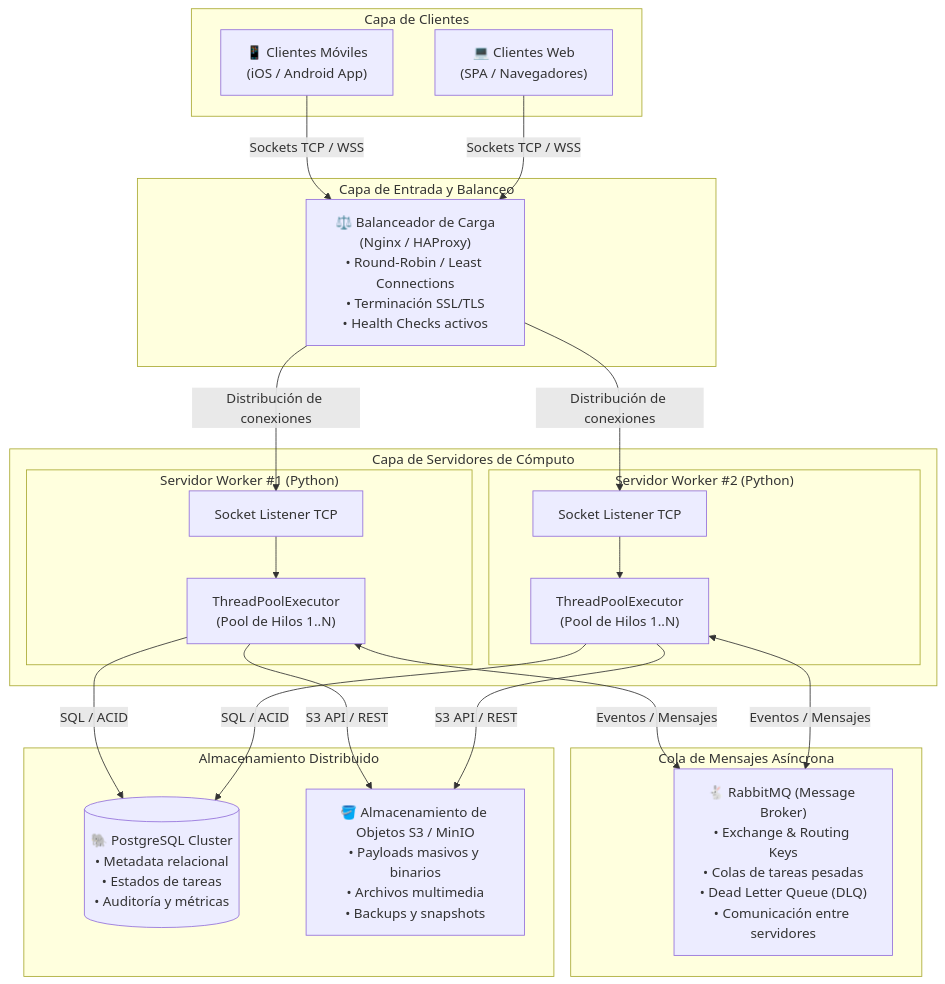
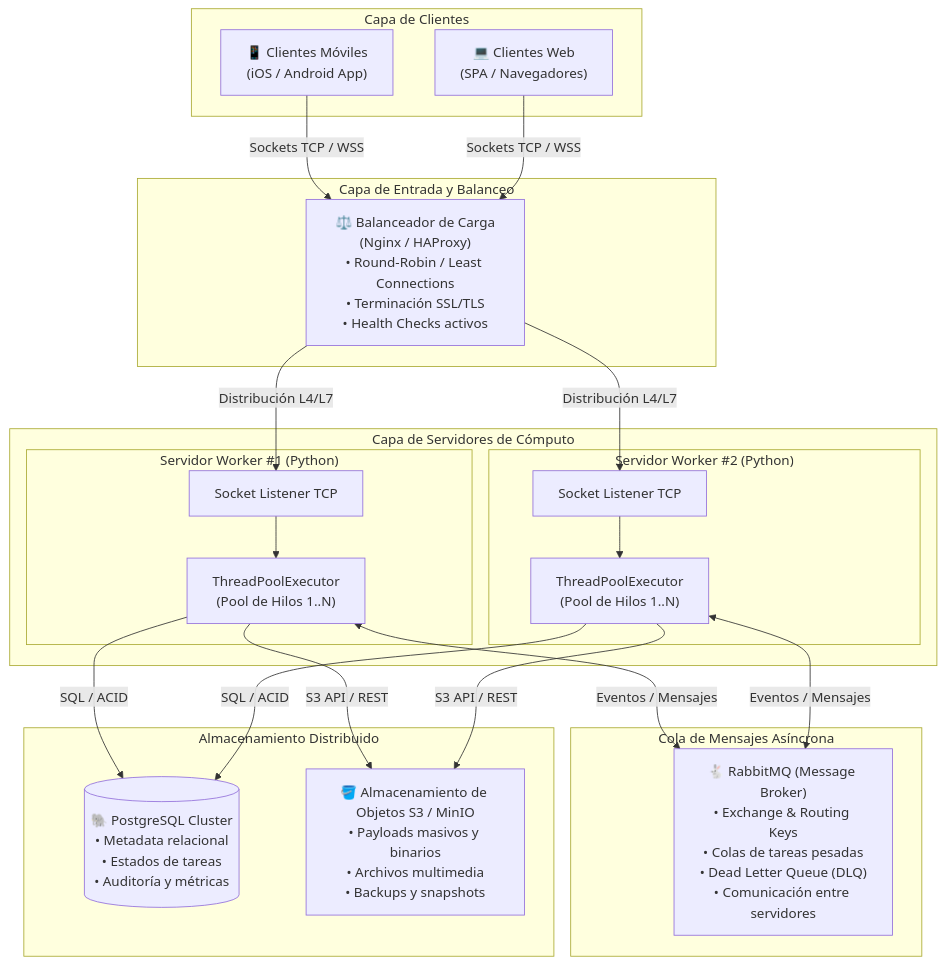
The diagram in README.md (Animas-Ss/python-sistema-distribuido), drawn with Mermaid before and after one commit. The commit also changed other lines of this file and 20 other files, not shown here.

````diff
--- a/README.md
+++ b/README.md
@@ -11,49 +24,49 @@
 ```mermaid
 flowchart TD
     subgraph Clientes [" Capa de Clientes "]
         C1["📱 Clientes Móviles<br/>(iOS / Android App)"]
         C2["💻 Clientes Web<br/>(SPA / Navegadores)"]
     end
 
     subgraph Balanceo [" Capa de Entrada y Balanceo "]
         LB["⚖️ Balanceador de Carga<br/>(Nginx / HAProxy)<br/>• Round-Robin / Least Connections<br/>• Terminación SSL/TLS<br/>• Health Checks activos"]
     end
 
     subgraph Workers [" Capa de Servidores de Cómputo "]
         subgraph S1 [" Servidor Worker #1 (Python) "]
             S1_Sock["Socket Listener TCP"]
             S1_Pool["ThreadPoolExecutor<br/>(Pool de Hilos 1..N)"]
             S1_Sock --> S1_Pool
         end
 
         subgraph S2 [" Servidor Worker #2 (Python) "]
             S2_Sock["Socket Listener TCP"]
             S2_Pool["ThreadPoolExecutor<br/>(Pool de Hilos 1..N)"]
             S2_Sock --> S2_Pool
         end
     end
 
     subgraph Mensajeria [" Cola de Mensajes Asíncrona "]
         RMQ["🐇 RabbitMQ (Message Broker)<br/>• Exchange & Routing Keys<br/>• Colas de tareas pesadas<br/>• Dead Letter Queue (DLQ)<br/>• Comunicación entre servidores"]
     end
 
     subgraph Almacenamiento [" Almacenamiento Distribuido "]
         DB[("🐘 PostgreSQL Cluster<br/>• Metadata relacional<br/>• Estados de tareas<br/>• Auditoría y métricas")]
         S3["🪣 Almacenamiento de Objetos S3 / MinIO<br/>• Payloads masivos y binarios<br/>• Archivos multimedia<br/>• Backups y snapshots"]
     end
 
     %% Conexiones
     C1 -->|Sockets TCP / WSS| LB
     C2 -->|Sockets TCP / WSS| LB
-    LB -->|Distribución de conexiones| S1_Sock
-    LB -->|Distribución de conexiones| S2_Sock
+    LB -->|Distribución L4/L7| S1_Sock
+    LB -->|Distribución L4/L7| S2_Sock
 
     S1_Pool <-->|Eventos / Mensajes| RMQ
     S2_Pool <-->|Eventos / Mensajes| RMQ
 
     S1_Pool -->|SQL / ACID| DB
     S2_Pool -->|SQL / ACID| DB
 
     S1_Pool -->|S3 API / REST| S3
     S2_Pool -->|S3 API / REST| S3
 ```
````
